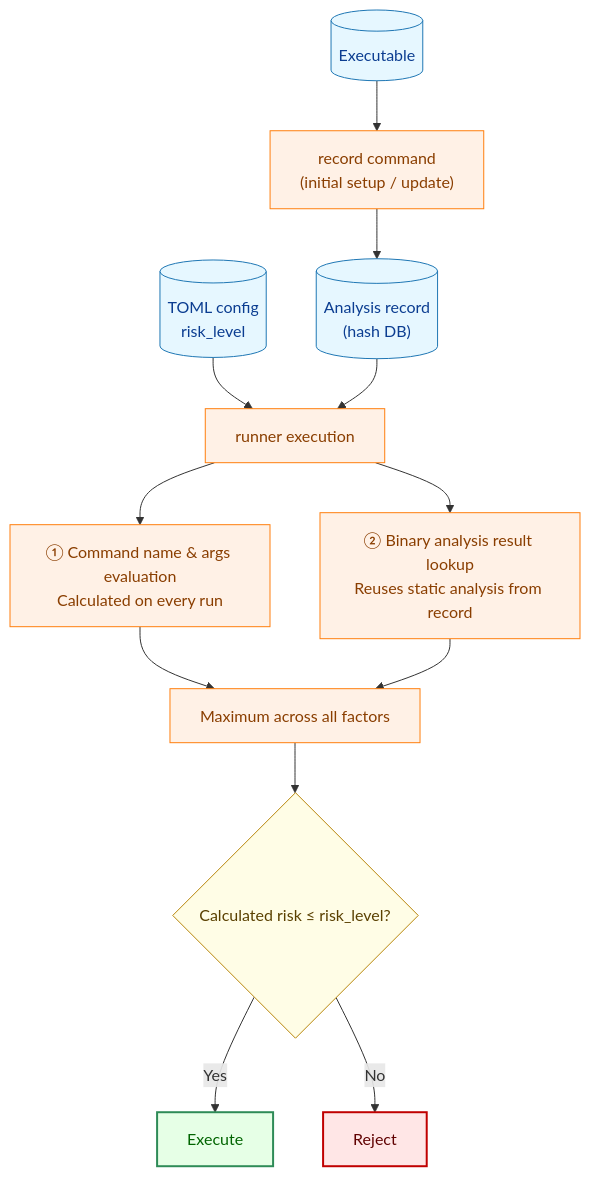
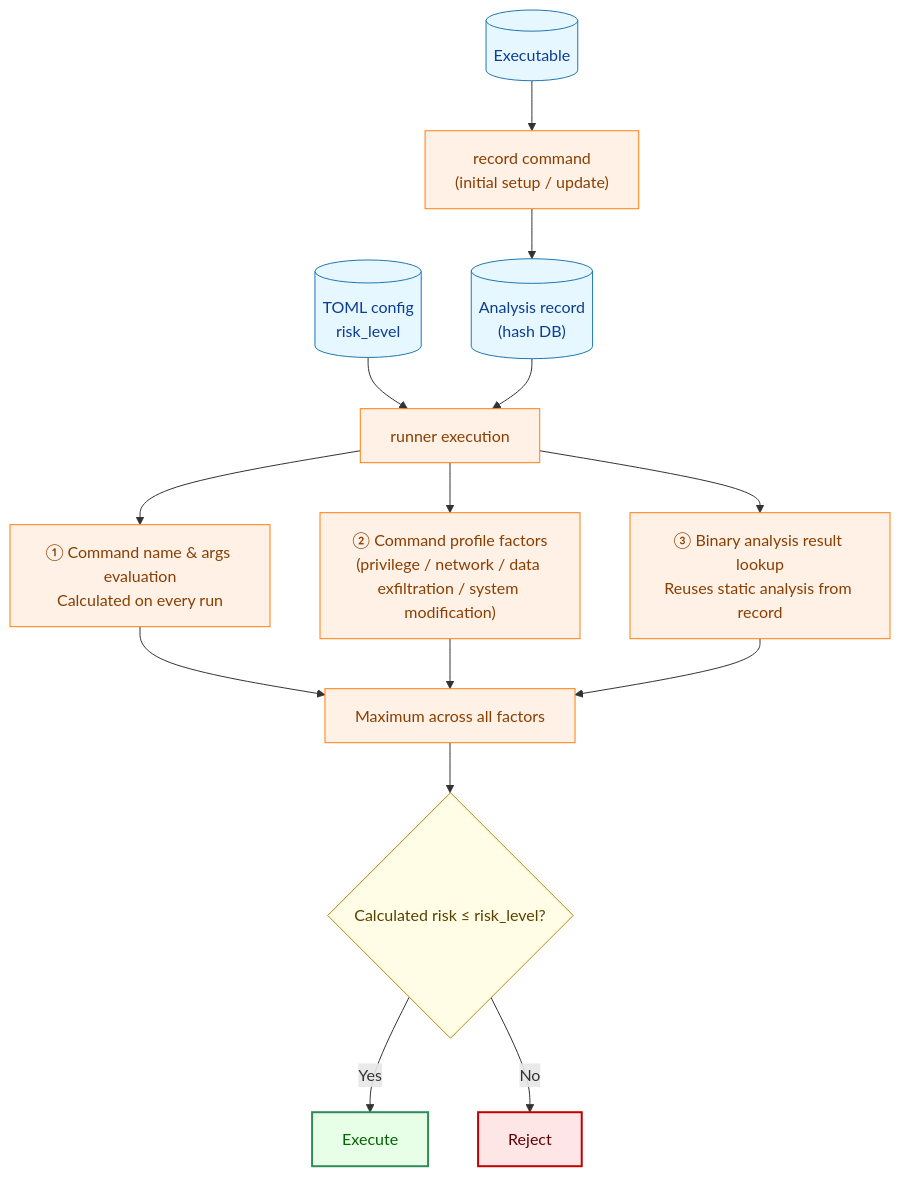
One commit to isseis/go-safe-cmd-runner changed the first of 2 diagrams in docs/user/risk_assessment.md. Above: the diagram before and after it, drawn with Mermaid. The commit also changed other lines of this file and 4 other files, not shown here.

````diff
--- a/docs/user/risk_assessment.md
+++ b/docs/user/risk_assessment.md
@@ -9,29 +9,31 @@
 ```mermaid
 flowchart TD
     classDef data fill:#e6f7ff,stroke:#1f77b4,stroke-width:1px,color:#0b3d91;
     classDef process fill:#fff1e6,stroke:#ff7f0e,stroke-width:1px,color:#8a3e00;
     classDef decision fill:#fffde6,stroke:#b8860b,stroke-width:1px,color:#5a4000;
     classDef ok fill:#e6ffe6,stroke:#2e8b57,stroke-width:2px,color:#006400;
     classDef ng fill:#ffe6e6,stroke:#c00000,stroke-width:2px,color:#600000;
 
     BIN[("Executable")] --> REC["record command<br>(initial setup / update)"]
     REC --> STORE[("Analysis record<br>(hash DB)")]
 
     CFG[("TOML config<br>risk_level")] --> RUN
     STORE --> RUN["runner execution"]
     RUN --> EVAL1["① Command name & args evaluation<br>Calculated on every run"]
-    RUN --> EVAL2["② Binary analysis result lookup<br>Reuses static analysis from record"]
+    RUN --> EVAL2["② Command profile factors<br>(privilege / network / data exfiltration / system modification)"]
+    RUN --> EVAL3["③ Binary analysis result lookup<br>Reuses static analysis from record"]
 
     EVAL1 --> MAX["Maximum across all factors"]
     EVAL2 --> MAX
+    EVAL3 --> MAX
 
     MAX --> CMP{"Calculated risk ≤ risk_level?"}
     CMP -->|"Yes"| OK["Execute"]
     CMP -->|"No"| NG["Reject"]
 
     class BIN,STORE,CFG data;
-    class REC,RUN,EVAL1,EVAL2,MAX process;
+    class REC,RUN,EVAL1,EVAL2,EVAL3,MAX process;
     class CMP decision;
     class OK ok;
     class NG ng;
 ```
````
